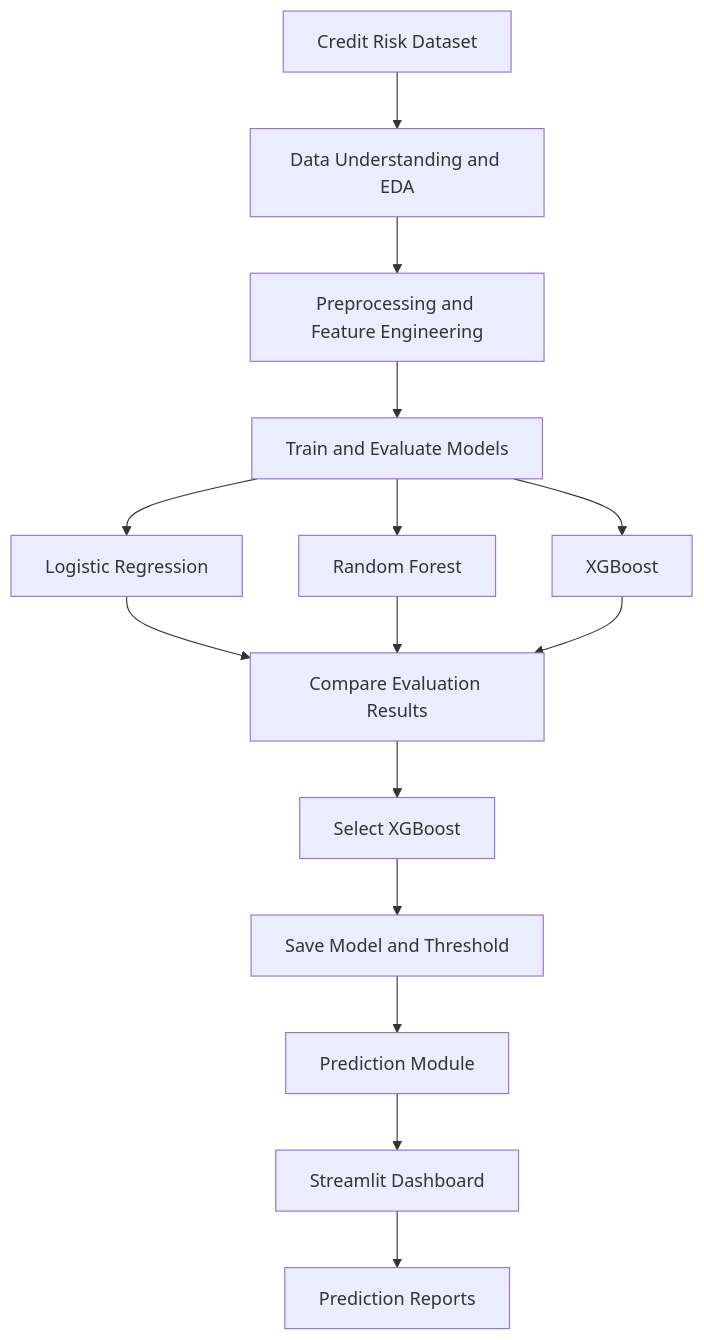
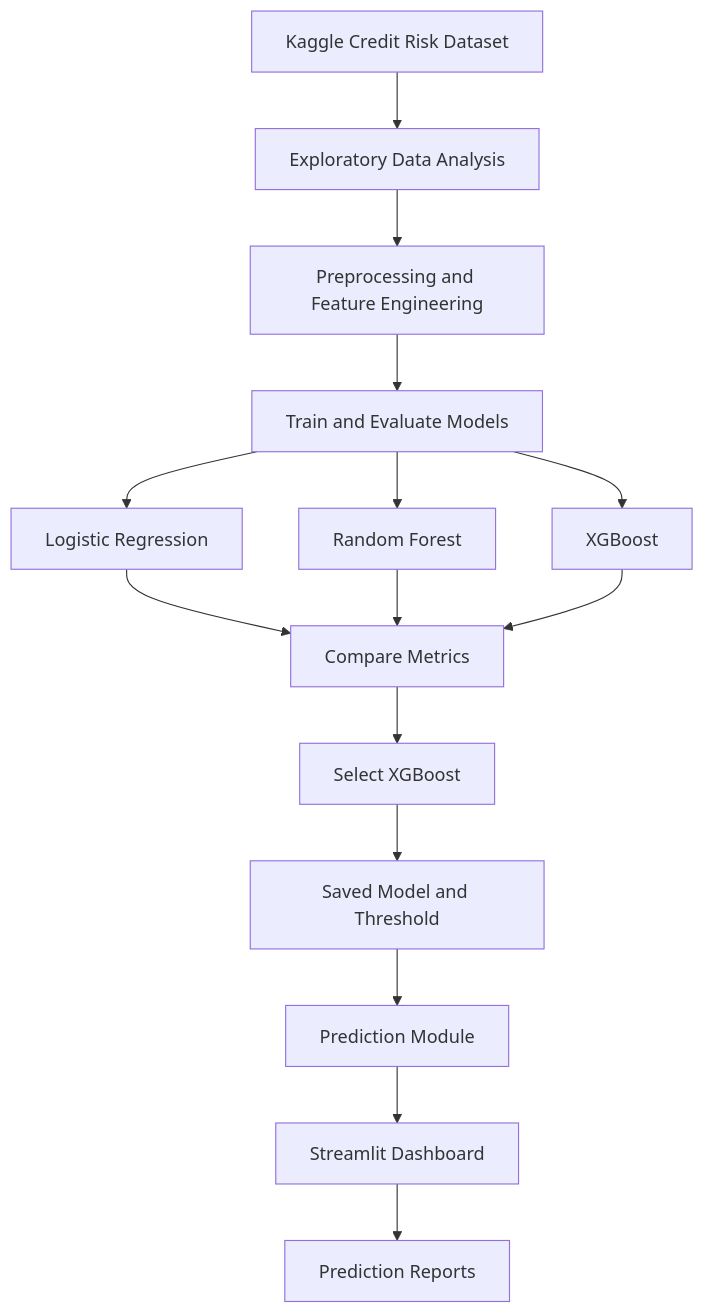
The diagram in README.md (SumitSubham/AI-Credit-Risk-Prediction-System), drawn with Mermaid before and after one commit. The commit also changed other lines of this file and 11 other files, not shown here.

Commit message:
Update documentation and remove Random Forest model

````diff
--- a/README.md
+++ b/README.md
@@ -89,17 +91,17 @@
-``` mermaid
+```mermaid
 flowchart TD
-    A[Credit Risk Dataset] --> B[Data Understanding and EDA]
+    A[Kaggle Credit Risk Dataset] --> B[Exploratory Data Analysis]
     B --> C[Preprocessing and Feature Engineering]
     C --> D[Train and Evaluate Models]
-    D --> E1[Logistic Regression]
-    D --> E2[Random Forest]
-    D --> E3[XGBoost]
-    E1 --> F[Compare Evaluation Results]
-    E2 --> F
-    E3 --> F
-    F --> G[Select XGBoost]
-    G --> H[Save Model and Threshold]
-    H --> I[Prediction Module]
-    I --> J[Streamlit Dashboard]
-    J --> K[Prediction Reports]
+    D --> E[Logistic Regression]
+    D --> F[Random Forest]
+    D --> G[XGBoost]
+    E --> H[Compare Metrics]
+    F --> H
+    G --> H
+    H --> I[Select XGBoost]
+    I --> J[Saved Model and Threshold]
+    J --> K[Prediction Module]
+    K --> L[Streamlit Dashboard]
+    L --> M[Prediction Reports]
 ```
````
